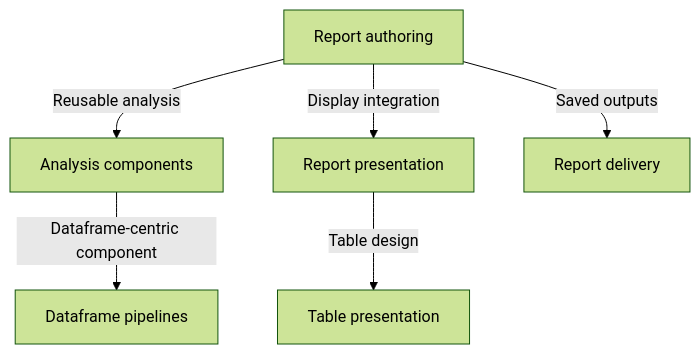
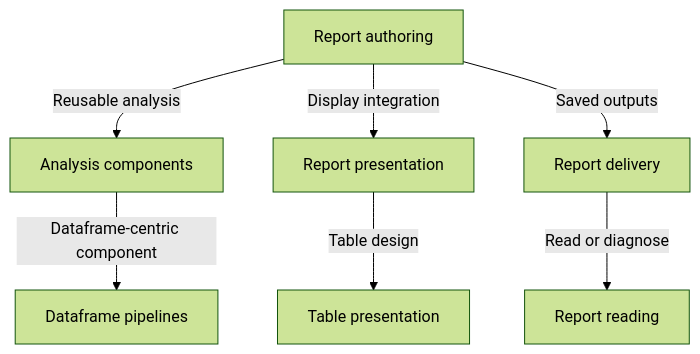
Before and after one commit to deephbz/aesthetic-taste: the diagram in .agents/skills/ask-aesthetic-taste/SKILL.md, drawn with Mermaid (forest theme). The commit also changed other lines of this file and 3 other files, not shown here.

First line of the commit message:
Split report reading from report delivery

````diff
--- a/.agents/skills/ask-aesthetic-taste/SKILL.md
+++ b/.agents/skills/ask-aesthetic-taste/SKILL.md
@@ -30,8 +31,9 @@
 ```mermaid
 flowchart TD
   A[Report authoring] -->|Reusable analysis| C[Analysis components]
   C -->|Dataframe-centric component| F[Dataframe pipelines]
   A -->|Display integration| P[Report presentation]
   P -->|Table design| T[Table presentation]
   A -->|Saved outputs| D[Report delivery]
+  D -->|Read or diagnose| R[Report reading]
 ```
````
